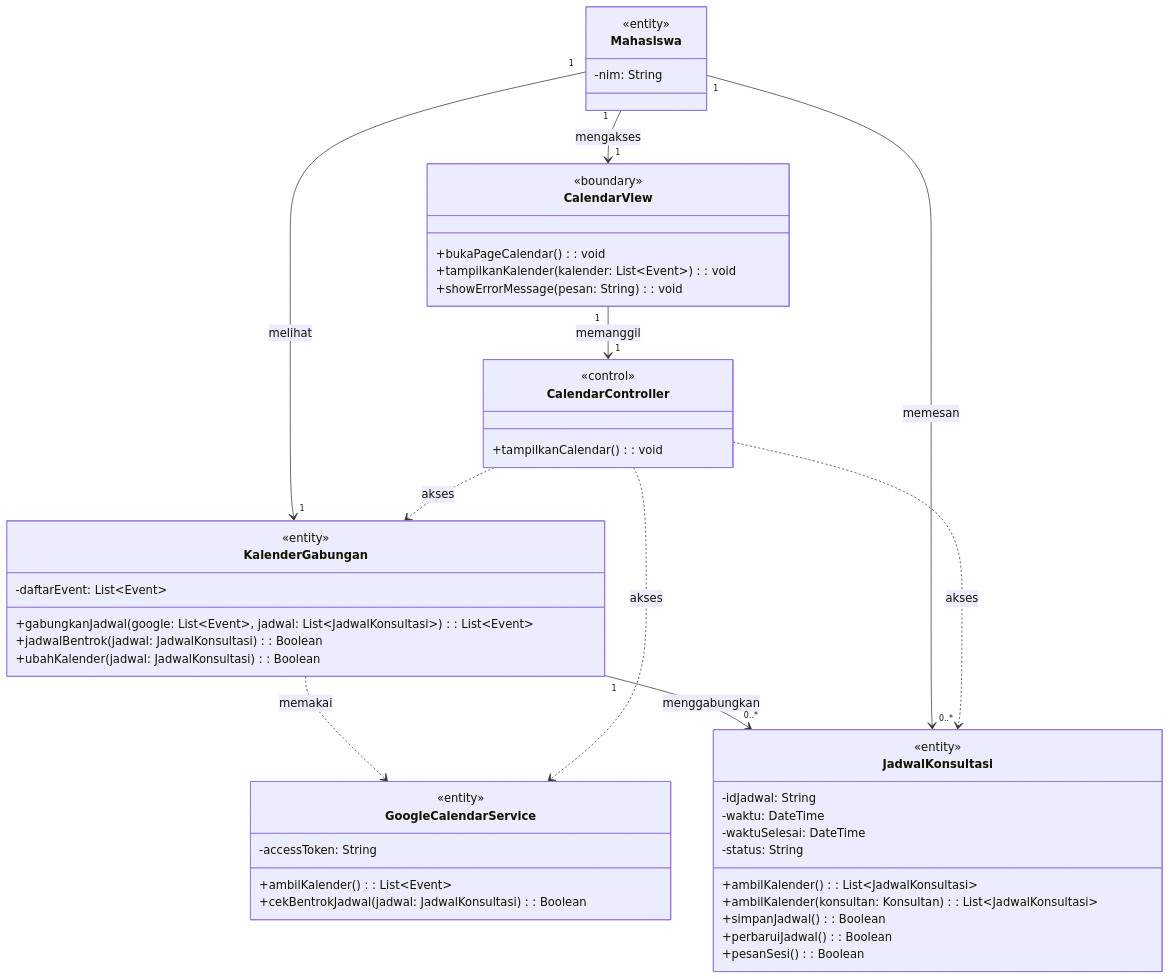
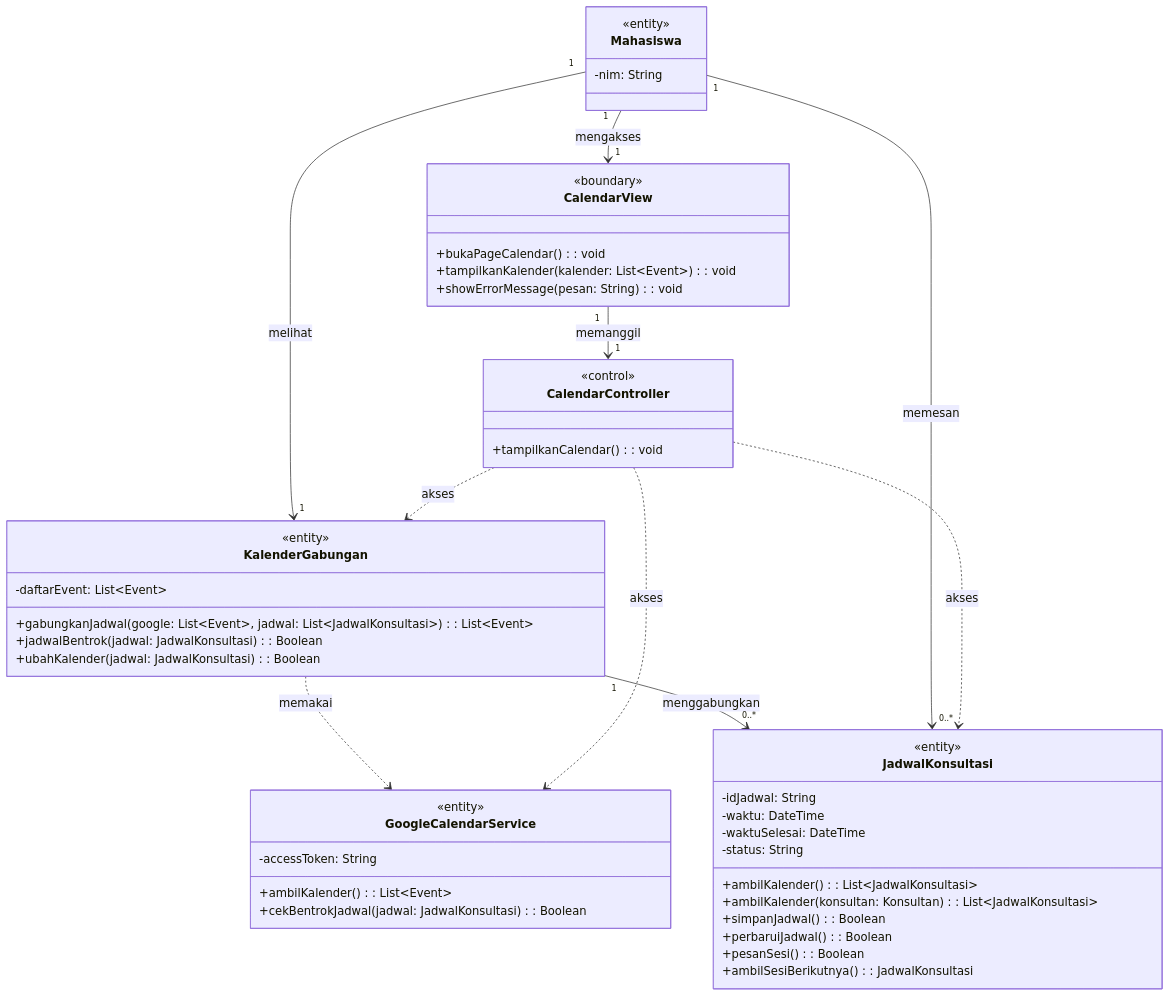
Before and after one commit to sbxte/IF2150-RPL-K01-G04: diagram 11 of 41 in docs/M8/K01_G04_DPPL2.md, drawn with Mermaid. The commit also changed other lines of this file and 15 other files, not shown here.

````diff
--- a/docs/M8/K01_G04_DPPL2.md
+++ b/docs/M8/K01_G04_DPPL2.md
@@ -789,51 +799,52 @@
 ```mermaid
 classDiagram
     class Mahasiswa {
         <<entity>>
         -nim: String
     }
     class CalendarView {
         <<boundary>>
         +bukaPageCalendar(): void
         +tampilkanKalender(kalender: List~Event~): void
         +showErrorMessage(pesan: String): void
     }
     class CalendarController {
         <<control>>
         +tampilkanCalendar(): void
     }
     class GoogleCalendarService {
         <<entity>>
         -accessToken: String
         +ambilKalender(): List~Event~
         +cekBentrokJadwal(jadwal: JadwalKonsultasi): Boolean
     }
     class JadwalKonsultasi {
         <<entity>>
         -idJadwal: String
         -waktu: DateTime
         -waktuSelesai: DateTime
         -status: String
         +ambilKalender(): List~JadwalKonsultasi~
         +ambilKalender(konsultan: Konsultan): List~JadwalKonsultasi~
         +simpanJadwal(): Boolean
         +perbaruiJadwal(): Boolean
         +pesanSesi(): Boolean
+        +ambilSesiBerikutnya(): JadwalKonsultasi
     }
     class KalenderGabungan {
         <<entity>>
         -daftarEvent: List~Event~
         +gabungkanJadwal(google: List~Event~, jadwal: List~JadwalKonsultasi~): List~Event~
         +jadwalBentrok(jadwal: JadwalKonsultasi): Boolean
         +ubahKalender(jadwal: JadwalKonsultasi): Boolean
     }
     Mahasiswa "1" --> "1" KalenderGabungan : melihat
     KalenderGabungan ..> GoogleCalendarService : memakai
     KalenderGabungan "1" --> "0..*" JadwalKonsultasi : menggabungkan
     Mahasiswa "1" --> "0..*" JadwalKonsultasi : memesan
     Mahasiswa "1" --> "1" CalendarView : mengakses
     CalendarView "1" --> "1" CalendarController : memanggil
     CalendarController ..> GoogleCalendarService : akses
     CalendarController ..> JadwalKonsultasi : akses
     CalendarController ..> KalenderGabungan : akses
 ```
````
